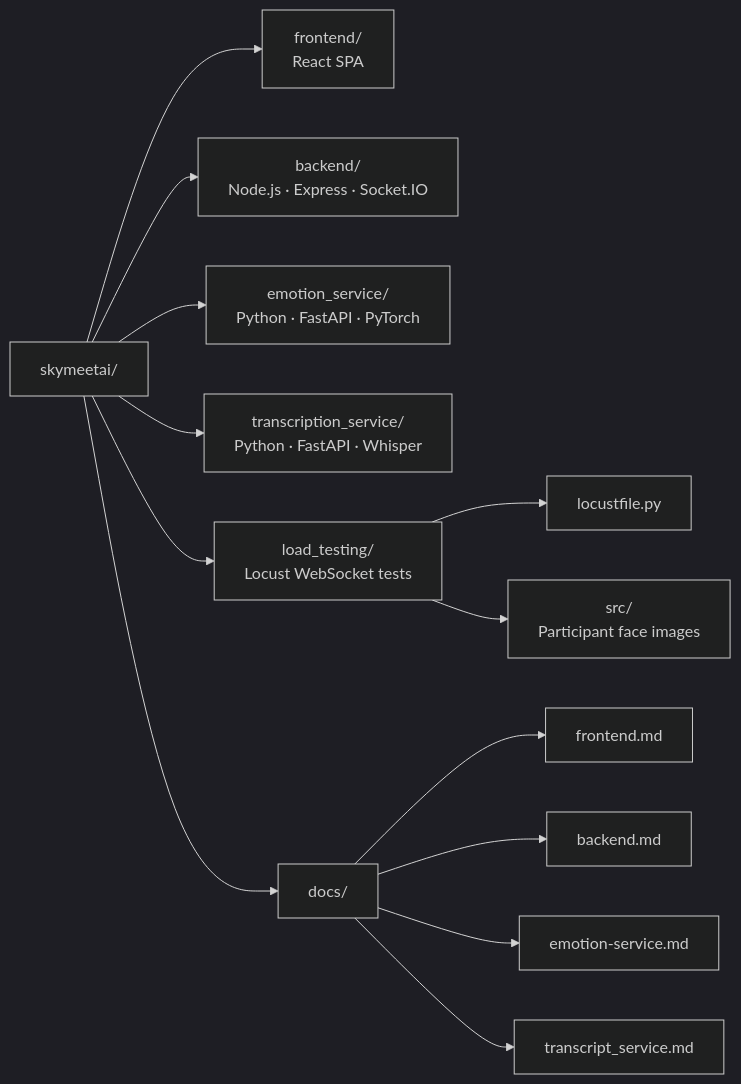
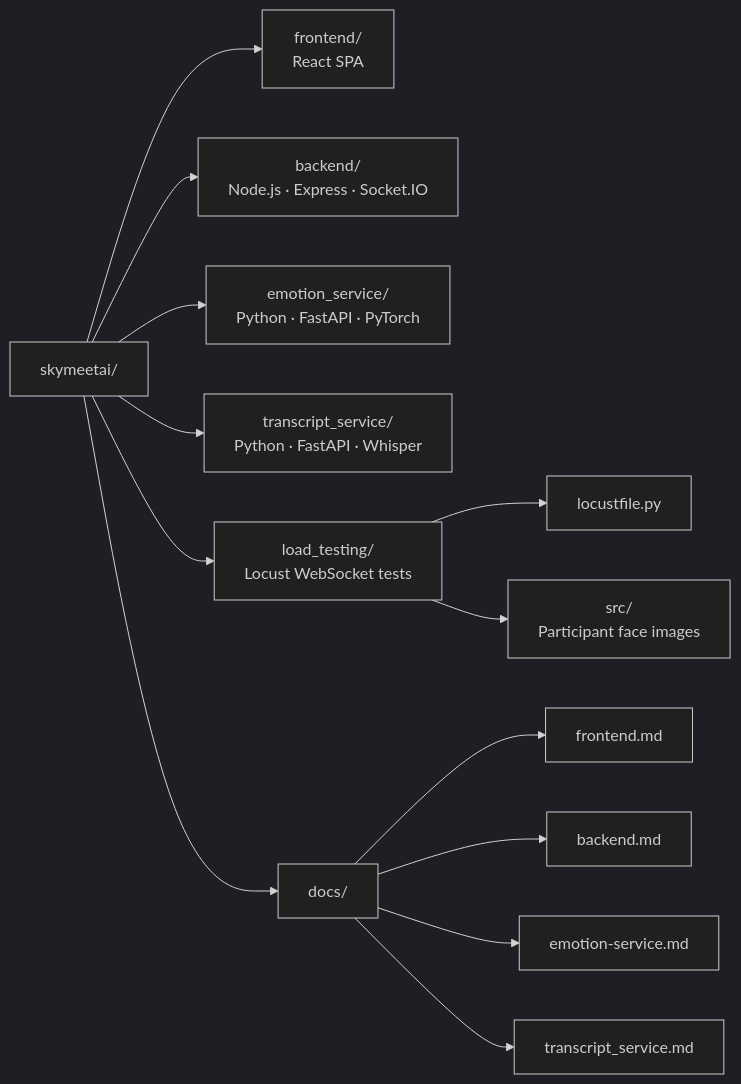
One commit to AnupamKumar-1/Hoovik changed the first of 9 diagrams in README.md. Above: the diagram before and after it, drawn with Mermaid (dark theme).

Commit message:
doc:README update

````diff
--- a/README.md
+++ b/README.md
@@ -89,20 +89,20 @@
 ```mermaid
 graph LR
     Root["skymeetai/"]
     FE["frontend/\nReact SPA"]
     BE["backend/\nNode.js · Express · Socket.IO"]
     EM["emotion_service/\nPython · FastAPI · PyTorch"]
-    TR["transcription_service/\nPython · FastAPI · Whisper"]
+    TR["transcript_service/\nPython · FastAPI · Whisper"]
     LT["load_testing/\nLocust WebSocket tests"]
     LF["locustfile.py"]
     SR["src/\nParticipant face images"]
     DO["docs/"]
     FD["frontend.md"]
     BD["backend.md"]
     ED["emotion-service.md"]
     TD["transcript_service.md"]
 
     Root --> FE & BE & EM & TR & LT & DO
     LT --> LF & SR
     DO --> FD & BD & ED & TD
 ```
````
